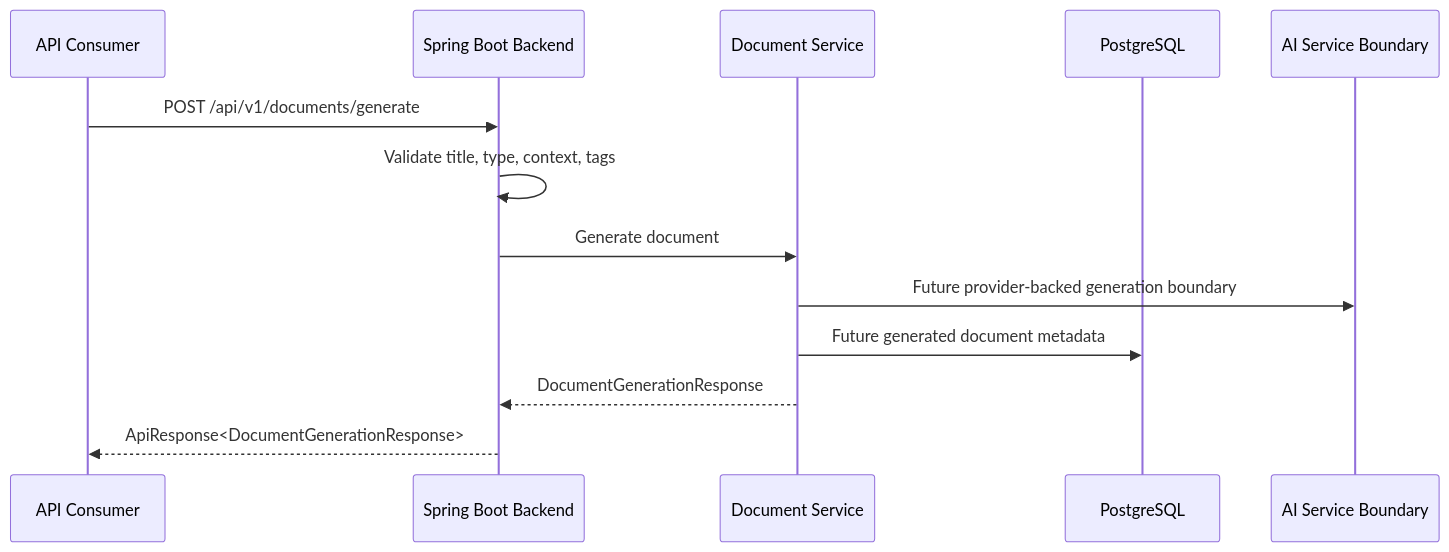
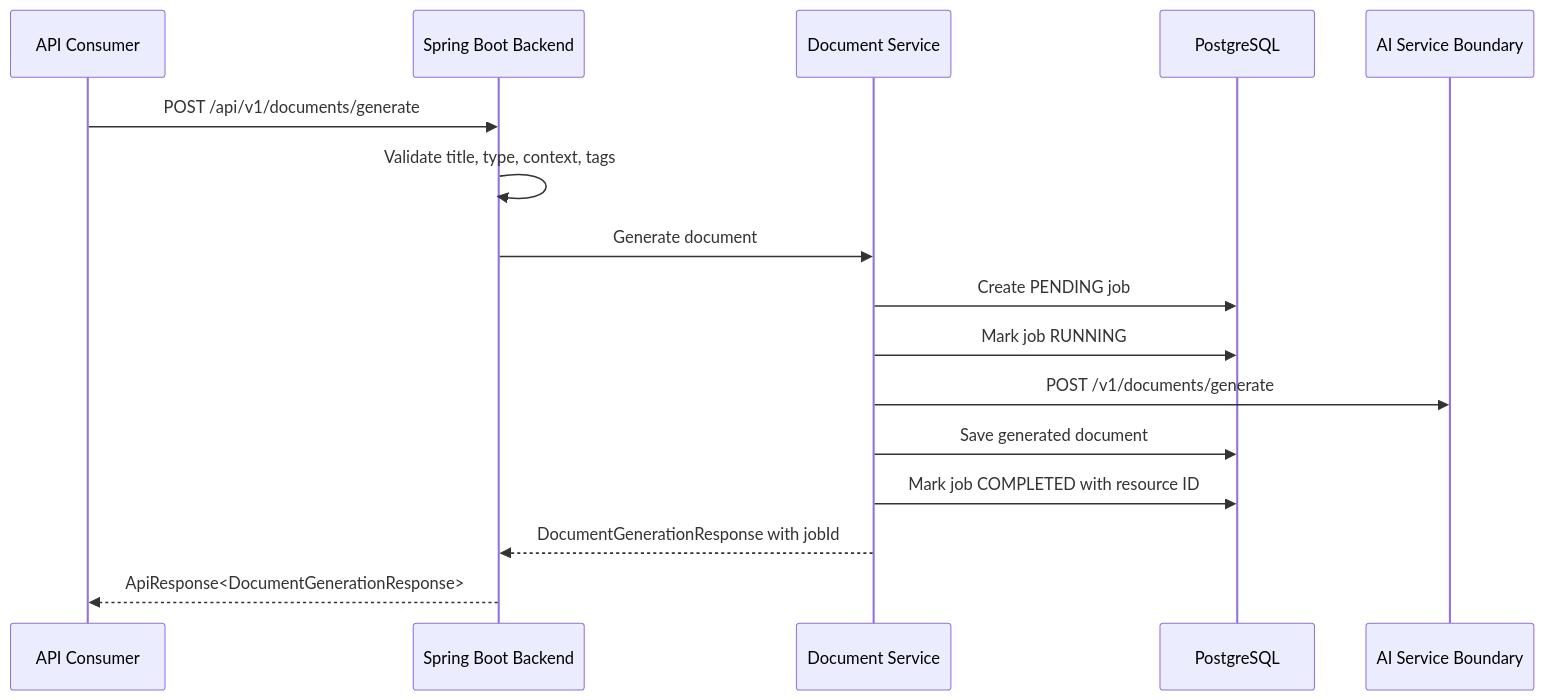
Before and after one commit to Deepudk04/flowforge-ai: the second of 4 diagrams in docs/architecture.md, drawn with Mermaid. The commit also changed other lines of this file and 27 other files, not shown here.

First line of the commit message:
feat: persist AI generation results and job lifecycle

````diff
--- a/docs/architecture.md
+++ b/docs/architecture.md
@@ -21,16 +21,19 @@
 ```mermaid
 sequenceDiagram
     participant Client as API Consumer
     participant Backend as Spring Boot Backend
     participant Service as Document Service
     participant Store as PostgreSQL
     participant AI as AI Service Boundary
 
     Client->>Backend: POST /api/v1/documents/generate
     Backend->>Backend: Validate title, type, context, tags
     Backend->>Service: Generate document
-    Service->>AI: Future provider-backed generation boundary
-    Service->>Store: Future generated document metadata
-    Service-->>Backend: DocumentGenerationResponse
+    Service->>Store: Create PENDING job
+    Service->>Store: Mark job RUNNING
+    Service->>AI: POST /v1/documents/generate
+    Service->>Store: Save generated document
+    Service->>Store: Mark job COMPLETED with resource ID
+    Service-->>Backend: DocumentGenerationResponse with jobId
     Backend-->>Client: ApiResponse<DocumentGenerationResponse>
 ```
````
